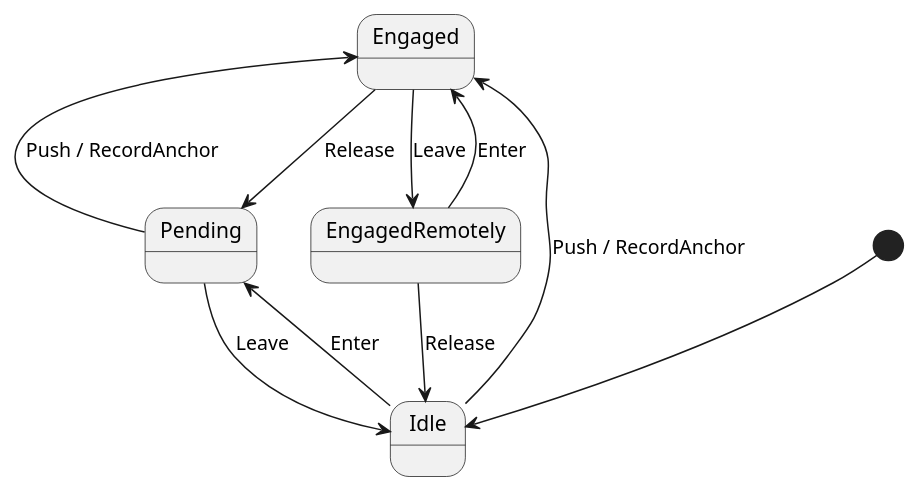
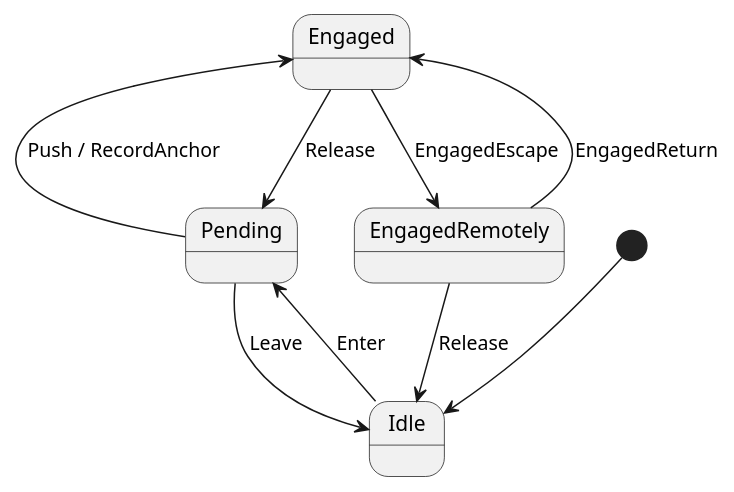
Before and after one commit to bobkocisko/libgui: the diagram in Documentation/Slider.puml, drawn with PlantUML. The commit also changed 7 other files, not shown here.

```diff
--- a/Documentation/Slider.puml
+++ b/Documentation/Slider.puml
@@ -1,14 +1,13 @@
 @startuml
 [*] --> Idle
 
 Idle --> Pending: Enter
-Idle --> Engaged: Push / RecordAnchor
 Pending --> Idle: Leave
 Pending -left-> Engaged: Push / RecordAnchor
 Engaged --> Pending: Release
-Engaged --> EngagedRemotely: Leave
-EngagedRemotely --> Engaged: Enter
+Engaged --> EngagedRemotely: EngagedEscape
+EngagedRemotely --> Engaged: EngagedReturn
 EngagedRemotely -> Idle: Release
 
 
 @enduml
```
